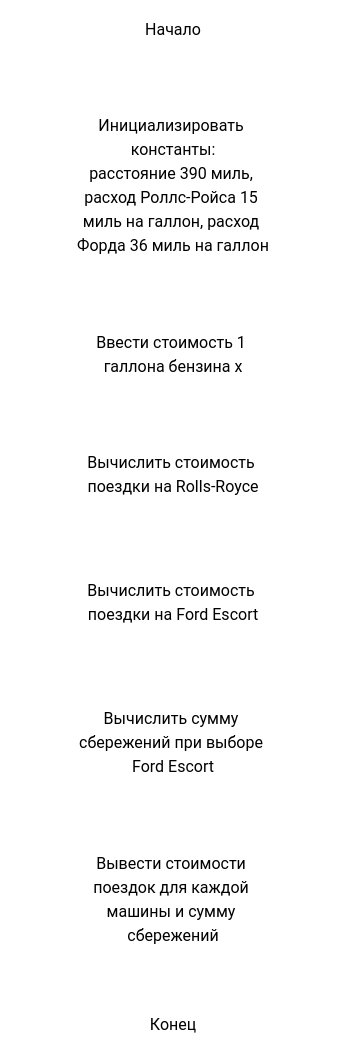
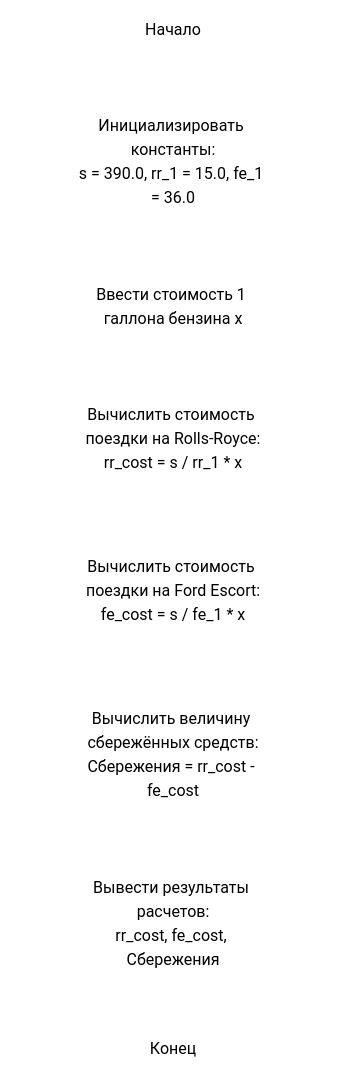
The diagram in README.md (Annarioos/Lab2), drawn with Mermaid before and after one commit. The commit also changed other lines of this file, not shown here.

````diff
--- a/README.md
+++ b/README.md
@@ -7,24 +7,24 @@
 ```mermaid
 graph TD
-    %% Шаги последовательного алгоритма задачи про автомобили
-    Start([Начало]) --> Init[Инициализировать константы:<br>расстояние 390 миль, расход Роллс-Ройса 15 миль на галлон, расход Форда 36 миль на галлон]
+    %% Шаги последовательного алгоритма задачи с формулами
+    Start([Начало]) --> Init[Инициализировать константы:<br>s = 390.0, rr_1 = 15.0, fe_1 = 36.0]
     Init --> Input[/Ввести стоимость 1 галлона бензина x/]
-    Input --> CalcRR[Вычислить стоимость поездки на Rolls-Royce]
-    CalcRR --> CalcFE[Вычислить стоимость поездки на Ford Escort]
-    CalcFE --> CalcDiff[Вычислить сумму сбережений при выборе Ford Escort]
-    CalcDiff --> Output[/Вывести стоимости поездок для каждой машины и сумму сбережений/]
+    Input --> CalcRR[Вычислить стоимость поездки на Rolls-Royce:<br>rr_cost = s / rr_1 * x]
+    CalcRR --> CalcFE[Вычислить стоимость поездки на Ford Escort:<br>fe_cost = s / fe_1 * x]
+    CalcFE --> CalcDiff[Вычислить величину сбережённых средств:<br>Сбережения = rr_cost - fe_cost]
+    CalcDiff --> Output[/Вывести результаты расчетов:<br>rr_cost, fe_cost, Сбережения/]
     Output --> End([Конец])
 
     %% Стилизация блоков под темную тему GitHub (светлые блоки с черным текстом)
     style Start fill:#ffffff,stroke:#ffffff,stroke-width:2px,color:#000000
     style Init fill:#ffffff,stroke:#ffffff,stroke-width:2px,color:#000000
     style Input fill:#ffffff,stroke:#ffffff,stroke-width:2px,color:#000000
     style CalcRR fill:#ffffff,stroke:#ffffff,stroke-width:2px,color:#000000
     style CalcFE fill:#ffffff,stroke:#ffffff,stroke-width:2px,color:#000000
     style CalcDiff fill:#ffffff,stroke:#ffffff,stroke-width:2px,color:#000000
     style Output fill:#ffffff,stroke:#ffffff,stroke-width:2px,color:#000000
     style End fill:#ffffff,stroke:#ffffff,stroke-width:2px,color:#000000
 
     %% Стилизация соединительных стрелок
     linkStyle default stroke:#ffffff,stroke-width:2px;
 ```
````
